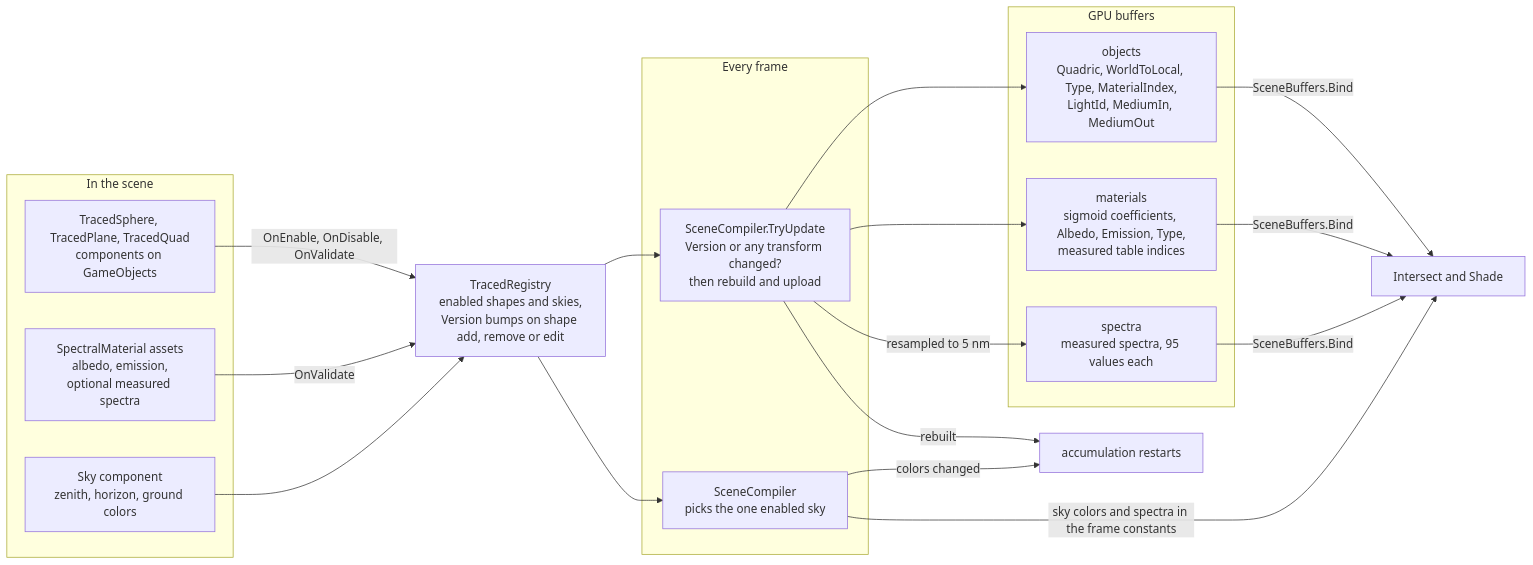
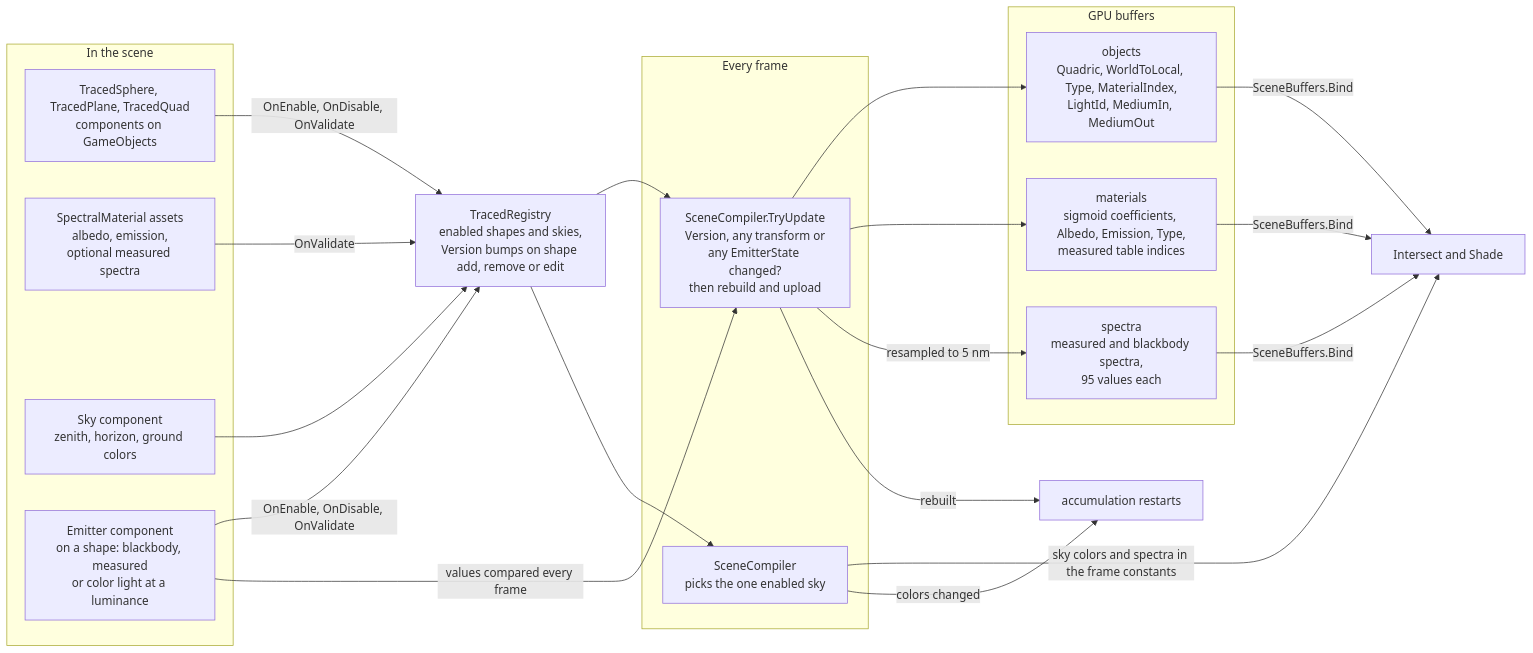
The diagram in Assets/SpectralPathTracer/Runtime/Scene/README.md (Privnoval016/SpectralPathTracer), drawn with Mermaid before and after one commit. The commit also changed other lines of this file and 3 other files, not shown here.

````diff
--- a/Assets/SpectralPathTracer/Runtime/Scene/README.md
+++ b/Assets/SpectralPathTracer/Runtime/Scene/README.md
@@ -6,36 +6,39 @@
 ```mermaid
 flowchart LR
     subgraph EDIT["In the scene"]
         shapes["TracedSphere, TracedPlane, TracedQuad<br/>components on GameObjects"]
         mats["SpectralMaterial assets<br/>albedo, emission,<br/>optional measured spectra"]
         sky["Sky component<br/>zenith, horizon, ground colors"]
+        emit["Emitter component<br/>on a shape: blackbody, measured<br/>or color light at a luminance"]
     end
 
     reg["TracedRegistry<br/>enabled shapes and skies,<br/>Version bumps on shape add, remove or edit"]
 
     subgraph FRAME["Every frame"]
-        comp["SceneCompiler.TryUpdate<br/>Version or any transform changed?<br/>then rebuild and upload"]
+        comp["SceneCompiler.TryUpdate<br/>Version, any transform or<br/>any EmitterState changed?<br/>then rebuild and upload"]
         pick["SceneCompiler<br/>picks the one enabled sky"]
     end
 
     subgraph GPU["GPU buffers"]
         objs["objects<br/>Quadric, WorldToLocal, Type, MaterialIndex,<br/>LightId, MediumIn, MediumOut"]
         mtab["materials<br/>sigmoid coefficients, Albedo, Emission, Type,<br/>measured table indices"]
-        stab["spectra<br/>measured spectra, 95 values each"]
+        stab["spectra<br/>measured and blackbody spectra,<br/>95 values each"]
     end
 
     shapes -- "OnEnable, OnDisable, OnValidate" --> reg
     mats -- "OnValidate" --> reg
     sky --> reg
+    emit -- "OnEnable, OnDisable, OnValidate" --> reg
+    emit -- "values compared every frame" --> comp
     reg --> comp
     reg --> pick
     comp --> objs
     comp --> mtab
     comp -- "resampled to 5 nm" --> stab
     objs -- "SceneBuffers.Bind" --> kernels["Intersect and Shade"]
     mtab -- "SceneBuffers.Bind" --> kernels
     stab -- "SceneBuffers.Bind" --> kernels
     pick -- "sky colors and spectra in the frame constants" --> kernels
     comp -- "rebuilt" --> reset["accumulation restarts"]
     pick -- "colors changed" --> reset
 ```
````
